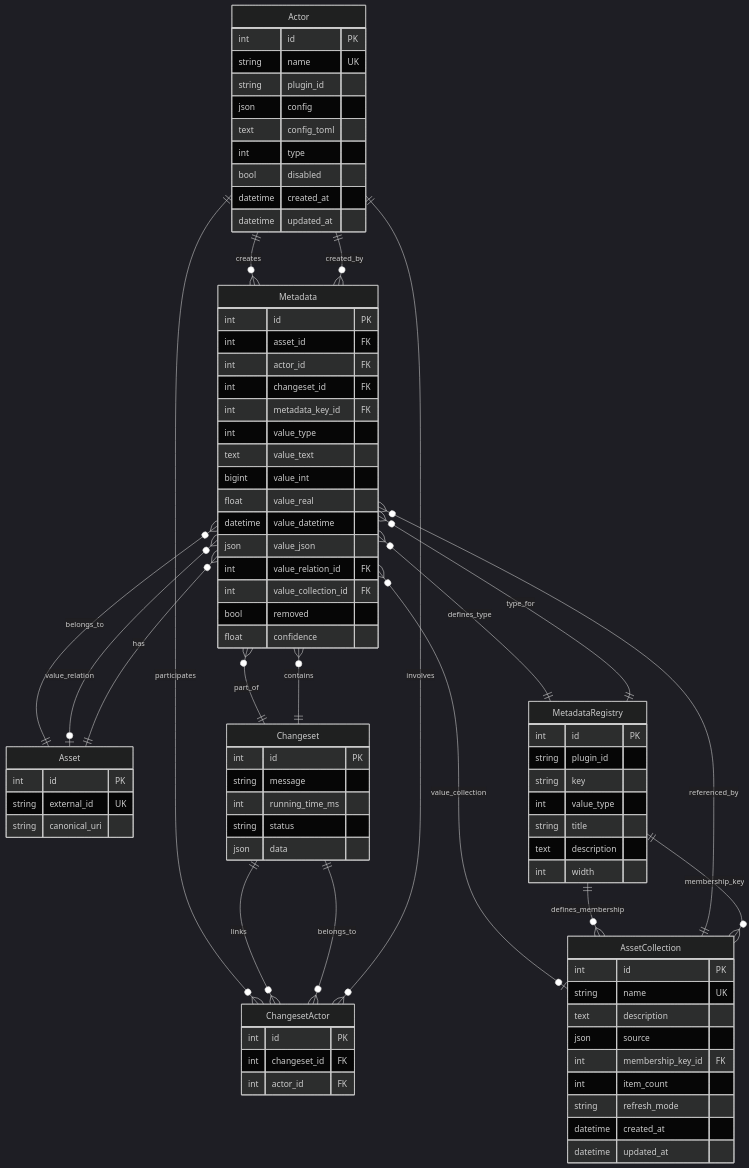
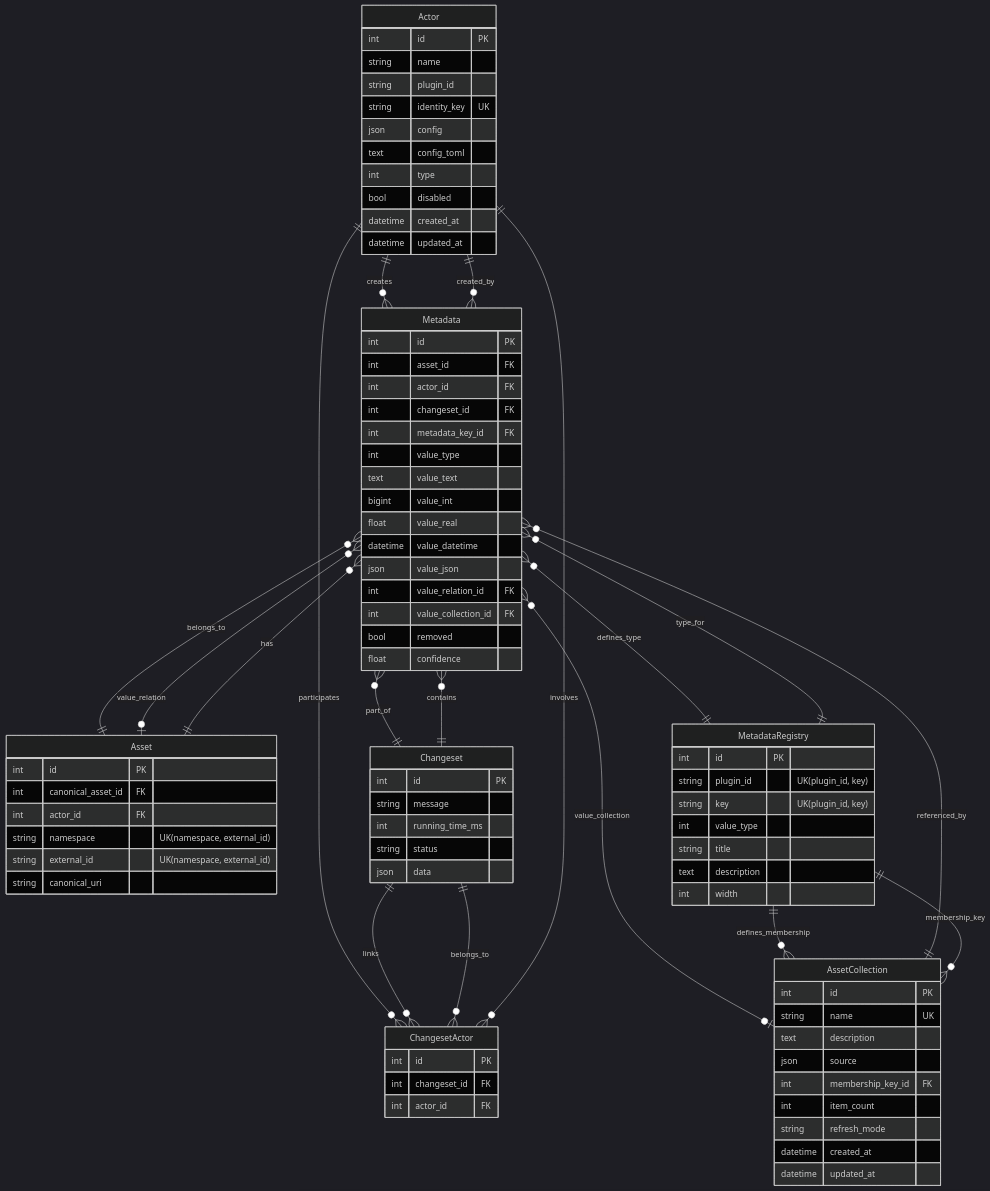
Before and after one commit to ripperdoc/katalog: the diagram in docs/database-schema.md, drawn with Mermaid (dark theme). The commit also changed other lines of this file and 42 other files, not shown here.

```diff
--- a/docs/database-schema.md
+++ b/docs/database-schema.md
@@ -8,8 +8,9 @@
     Actor ||--o{ ChangesetActor : participates
     Actor {
         int id PK
-        string name UK
+        string name
         string plugin_id
+        string identity_key UK
         json config
         text config_toml
         int type
@@ -21,7 +22,10 @@
     Asset ||--o{ Metadata : has
     Asset {
         int id PK
-        string external_id UK
+        int canonical_asset_id FK
+        int actor_id FK
+        string namespace "UK(namespace, external_id)"
+        string external_id "UK(namespace, external_id)"
         string canonical_uri
     }
 
@@ -85,8 +89,8 @@
     MetadataRegistry ||--o{ AssetCollection : defines_membership
     MetadataRegistry {
         int id PK
-        string plugin_id
-        string key
+        string plugin_id "UK(plugin_id, key)"
+        string key "UK(plugin_id, key)"
         int value_type
         string title
         text description
```
